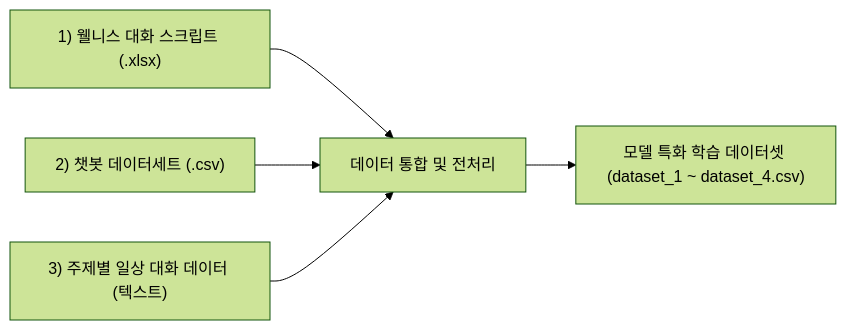
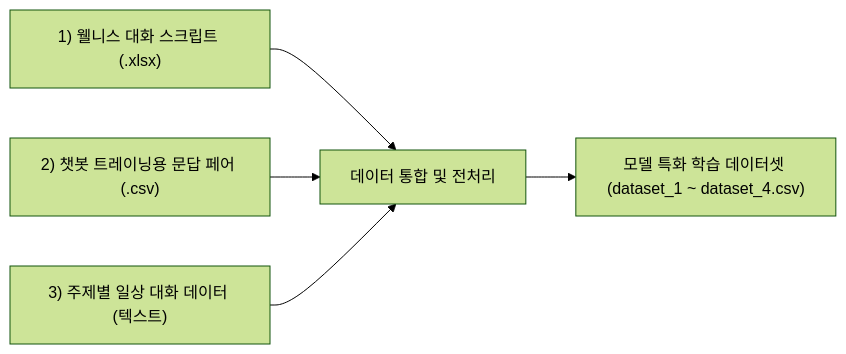
The second of 2 diagrams in README.md (jhwlgus830-max/semi2-project), drawn with Mermaid (forest theme) before and after one commit. The commit also changed other lines of this file and 55 other files, not shown here.

````diff
--- a/README.md
+++ b/README.md
@@ -55,7 +70,7 @@
 ```mermaid
 flowchart LR
     A["1) 웰니스 대화 스크립트 (.xlsx)"] --> D[데이터 통합 및 전처리]
-    B["2) 챗봇 데이터세트 (.csv)"] --> D
+    B["2) 챗봇 트레이닝용 문답 페어 (.csv)"] --> D
     C["3) 주제별 일상 대화 데이터 (텍스트)"] --> D
     D --> E["모델 특화 학습 데이터셋 (dataset_1 ~ dataset_4.csv)"]
 ```
````
